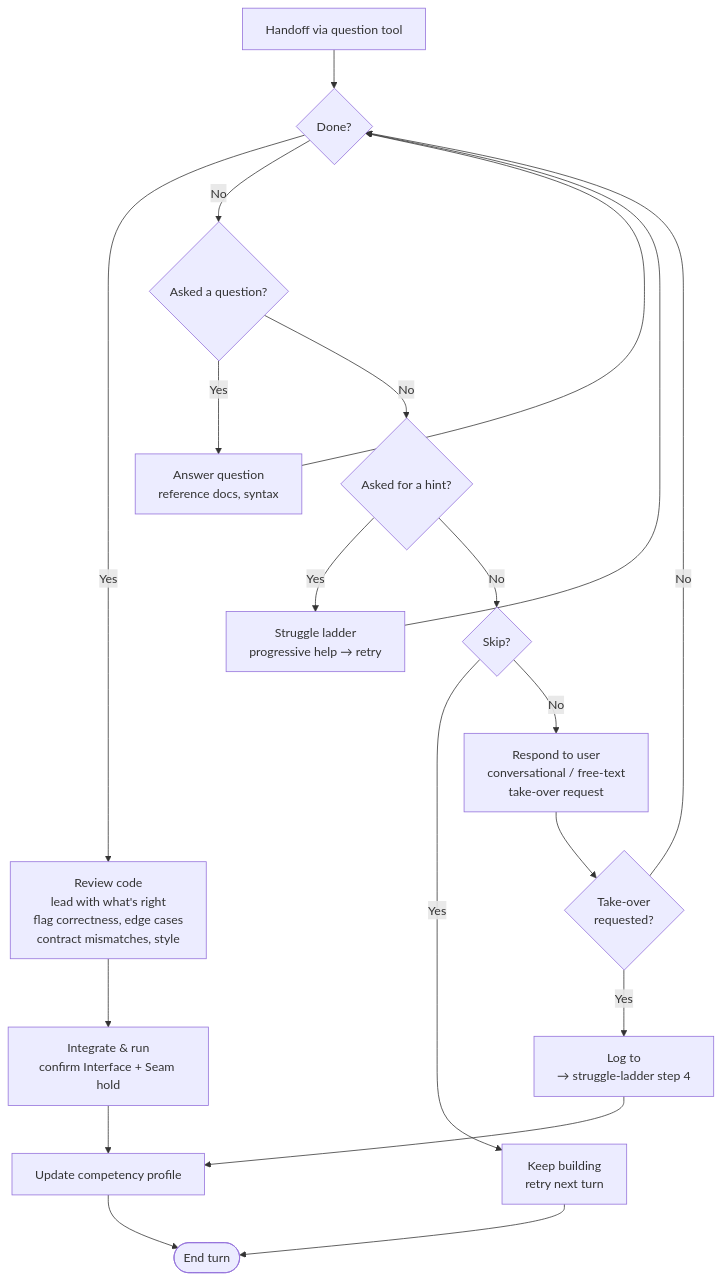
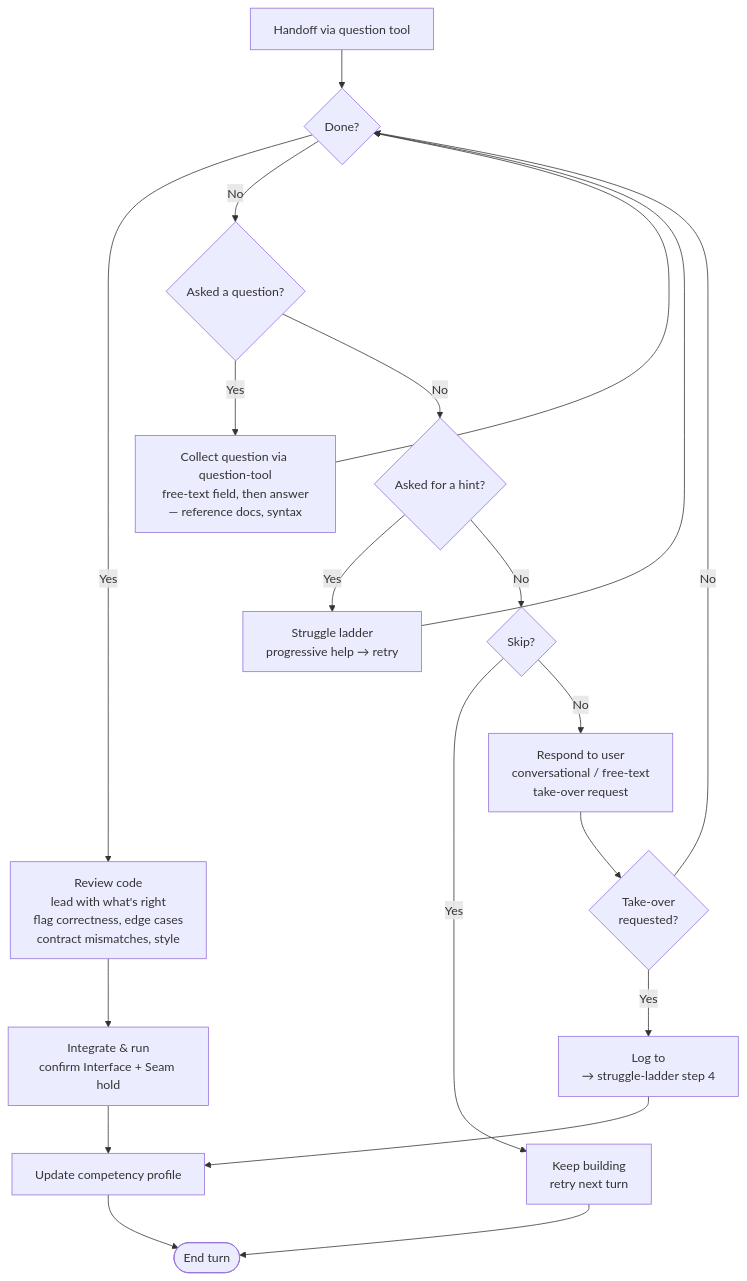
One commit to MegaByteMark/skills-to-pay-the-ai-bills changed the fourth of 6 diagrams in skills/vibe-code-antidote/SKILL.md. Above: the diagram before and after it, drawn with Mermaid. The commit also changed other lines of this file, not shown here.

Commit message:
fix: ensure ask a question loops back to handoff question gate

````diff
--- a/skills/vibe-code-antidote/SKILL.md
+++ b/skills/vibe-code-antidote/SKILL.md
@@ -116,22 +116,22 @@
 ```mermaid
 flowchart TD
     HO[Handoff via question tool] --> DONE{Done?}
     DONE -->|Yes| REVIEW[Review code<br>lead with what's right<br>flag correctness, edge cases<br>contract mismatches, style]
     REVIEW --> INTEGRATE[Integrate & run<br>confirm Interface + Seam hold]
     INTEGRATE --> PROFILE[Update competency profile]
     PROFILE --> END([End turn])
     DONE -->|No| QUESTION{Asked a question?}
-    QUESTION -->|Yes| ANSWER[Answer question<br>reference docs, syntax]
+    QUESTION -->|Yes| ANSWER[Collect question via question-tool<br>free-text field, then answer<br>— reference docs, syntax]
     ANSWER --> DONE
     QUESTION -->|No| HINT{Asked for a hint?}
     HINT -->|Yes| LADDER[Struggle ladder<br>progressive help → retry]
     LADDER --> DONE
     HINT -->|No| SKIP{Skip?}
     SKIP -->|Yes| KEEP[Keep building<br>retry next turn]
     SKIP -->|No| FREETEXT[Respond to user<br>conversational / free-text<br>take-over request]
     FREETEXT --> FT{Take-over<br>requested?}
     FT -->|Yes| TOLOG[Log to<br>→ struggle-ladder step 4]
     FT -->|No| DONE
     TOLOG --> PROFILE
     KEEP --> END
 ```
````
